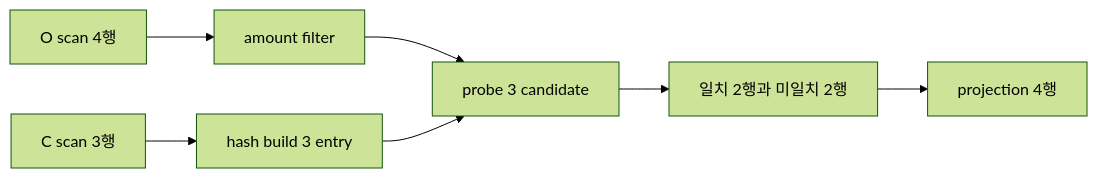
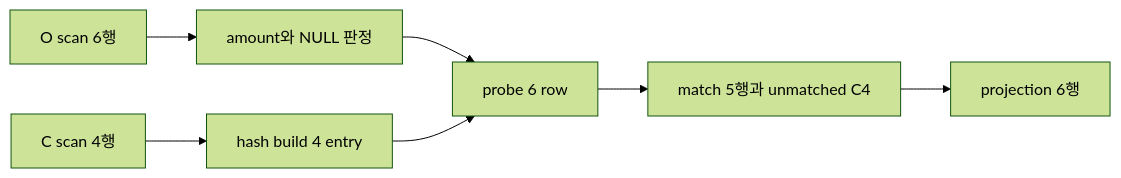
One commit to mj006648/netai-devsecops-runbook changed the diagram in learning/databases-query-engines/04-scans-filters-and-joins.md. Above: the diagram before and after it, drawn with Mermaid (forest theme). The commit also changed other lines of this file and 62 other files, not shown here.

````diff
--- a/learning/databases-query-engines/04-scans-filters-and-joins.md
+++ b/learning/databases-query-engines/04-scans-filters-and-joins.md
@@ -23,9 +161,9 @@
-```mermaid
+~~~mermaid
 flowchart LR
- S1[C scan 3행] --> B[hash build 3 entry]
- S2[O scan 4행] --> F[amount filter]
- F --> P[probe 3 candidate]
+ S1[C scan 4행] --> B[hash build 4 entry]
+ S2[O scan 6행] --> F[amount와 NULL 판정]
+ F --> P[probe 6 row]
  B --> P
- P --> J[일치 2행과 미일치 2행]
- J --> X[projection 4행]
-```
+ P --> J[match 5행과 unmatched C4]
+ J --> X[projection 6행]
+~~~
````
